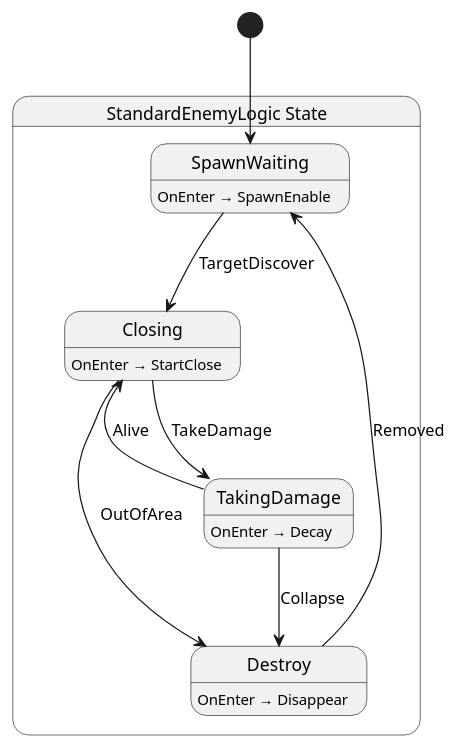
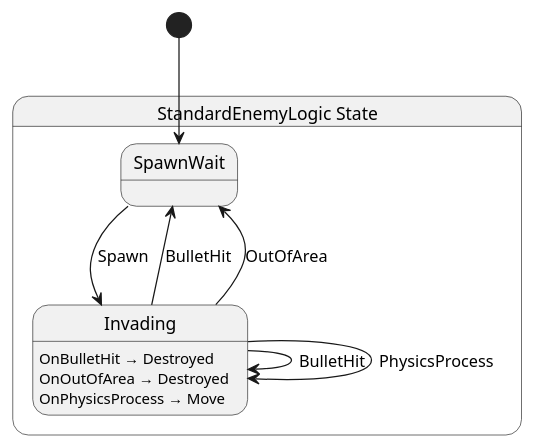
The diagram in src/enemy/abstract/state/StandardEnemyLogic.g.puml (Ygoat/EternalJourney), drawn with PlantUML before and after one commit. The commit also changed 5 other files, not shown here.

```diff
--- a/src/enemy/abstract/state/StandardEnemyLogic.g.puml
+++ b/src/enemy/abstract/state/StandardEnemyLogic.g.puml
@@ -1,22 +1,18 @@
 @startuml StandardEnemyLogic
 state "StandardEnemyLogic State" as EternalJourney_Enemy_Abstract_State_StandardEnemyLogic_State {
-  state "SpawnWaiting" as EternalJourney_Enemy_Abstract_State_StandardEnemyLogic_State_SpawnWaiting
-  state "Closing" as EternalJourney_Enemy_Abstract_State_StandardEnemyLogic_State_Closing
-  state "TakingDamage" as EternalJourney_Enemy_Abstract_State_StandardEnemyLogic_State_TakingDamage
-  state "Destroy" as EternalJourney_Enemy_Abstract_State_StandardEnemyLogic_State_Destroy
+  state "SpawnWait" as EternalJourney_Enemy_Abstract_State_StandardEnemyLogic_State_SpawnWait
+  state "Invading" as EternalJourney_Enemy_Abstract_State_StandardEnemyLogic_State_Invading
 }
 
-EternalJourney_Enemy_Abstract_State_StandardEnemyLogic_State_Closing --> EternalJourney_Enemy_Abstract_State_StandardEnemyLogic_State_Destroy : OutOfArea
-EternalJourney_Enemy_Abstract_State_StandardEnemyLogic_State_Closing --> EternalJourney_Enemy_Abstract_State_StandardEnemyLogic_State_TakingDamage : TakeDamage
-EternalJourney_Enemy_Abstract_State_StandardEnemyLogic_State_Destroy --> EternalJourney_Enemy_Abstract_State_StandardEnemyLogic_State_SpawnWaiting : Removed
-EternalJourney_Enemy_Abstract_State_StandardEnemyLogic_State_SpawnWaiting --> EternalJourney_Enemy_Abstract_State_StandardEnemyLogic_State_Closing : TargetDiscover
-EternalJourney_Enemy_Abstract_State_StandardEnemyLogic_State_TakingDamage --> EternalJourney_Enemy_Abstract_State_StandardEnemyLogic_State_Closing : Alive
-EternalJourney_Enemy_Abstract_State_StandardEnemyLogic_State_TakingDamage --> EternalJourney_Enemy_Abstract_State_StandardEnemyLogic_State_Destroy : Collapse
+EternalJourney_Enemy_Abstract_State_StandardEnemyLogic_State_Invading --> EternalJourney_Enemy_Abstract_State_StandardEnemyLogic_State_Invading : BulletHit
+EternalJourney_Enemy_Abstract_State_StandardEnemyLogic_State_Invading --> EternalJourney_Enemy_Abstract_State_StandardEnemyLogic_State_Invading : PhysicsProcess
+EternalJourney_Enemy_Abstract_State_StandardEnemyLogic_State_Invading --> EternalJourney_Enemy_Abstract_State_StandardEnemyLogic_State_SpawnWait : BulletHit
+EternalJourney_Enemy_Abstract_State_StandardEnemyLogic_State_Invading --> EternalJourney_Enemy_Abstract_State_StandardEnemyLogic_State_SpawnWait : OutOfArea
+EternalJourney_Enemy_Abstract_State_StandardEnemyLogic_State_SpawnWait --> EternalJourney_Enemy_Abstract_State_StandardEnemyLogic_State_Invading : Spawn
 
-EternalJourney_Enemy_Abstract_State_StandardEnemyLogic_State_Closing : OnEnter → StartClose
-EternalJourney_Enemy_Abstract_State_StandardEnemyLogic_State_Destroy : OnEnter → Disappear
-EternalJourney_Enemy_Abstract_State_StandardEnemyLogic_State_SpawnWaiting : OnEnter → SpawnEnable
-EternalJourney_Enemy_Abstract_State_StandardEnemyLogic_State_TakingDamage : OnEnter → Decay
+EternalJourney_Enemy_Abstract_State_StandardEnemyLogic_State_Invading : OnBulletHit → Destroyed
+EternalJourney_Enemy_Abstract_State_StandardEnemyLogic_State_Invading : OnOutOfArea → Destroyed
+EternalJourney_Enemy_Abstract_State_StandardEnemyLogic_State_Invading : OnPhysicsProcess → Move
 
-[*] --> EternalJourney_Enemy_Abstract_State_StandardEnemyLogic_State_SpawnWaiting
+[*] --> EternalJourney_Enemy_Abstract_State_StandardEnemyLogic_State_SpawnWait
 @enduml
```
